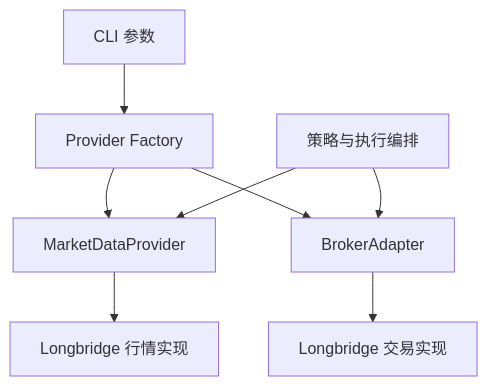
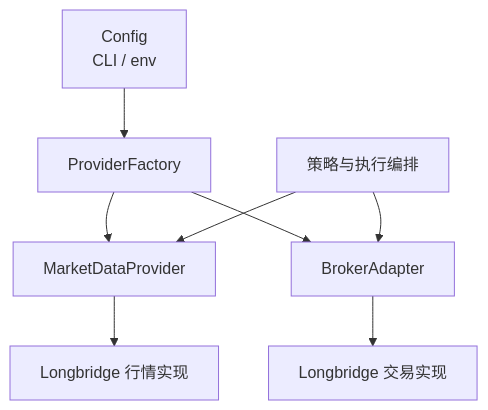
One commit to bowencool/trading-scripts changed the diagram in docs/superpowers/specs/2026-07-11-provider-broker-adapter-design.md. Above: the diagram before and after it, drawn with Mermaid. The commit also changed other lines of this file and 4 other files, not shown here.

Commit message:
docs: keep only current provider architecture

````diff
--- a/docs/superpowers/specs/2026-07-11-provider-broker-adapter-design.md
+++ b/docs/superpowers/specs/2026-07-11-provider-broker-adapter-design.md
@@ -9,10 +7,10 @@
 ```mermaid
 flowchart TD
-  CLI["CLI 参数"] --> Factory["Provider Factory"]
+  Config["Config<br/>CLI / env"] --> Factory["ProviderFactory"]
   Factory --> Market["MarketDataProvider"]
   Factory --> Broker["BrokerAdapter"]
   Market --> LBMarket["Longbridge 行情实现"]
   Broker --> LBBroker["Longbridge 交易实现"]
   Strategy["策略与执行编排"] --> Market
   Strategy --> Broker
 ```
````
